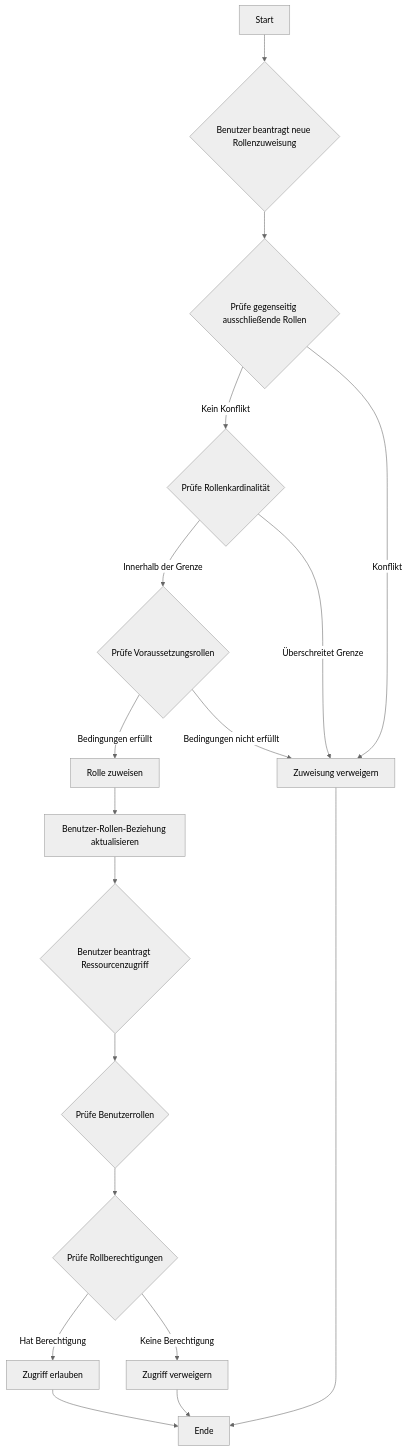
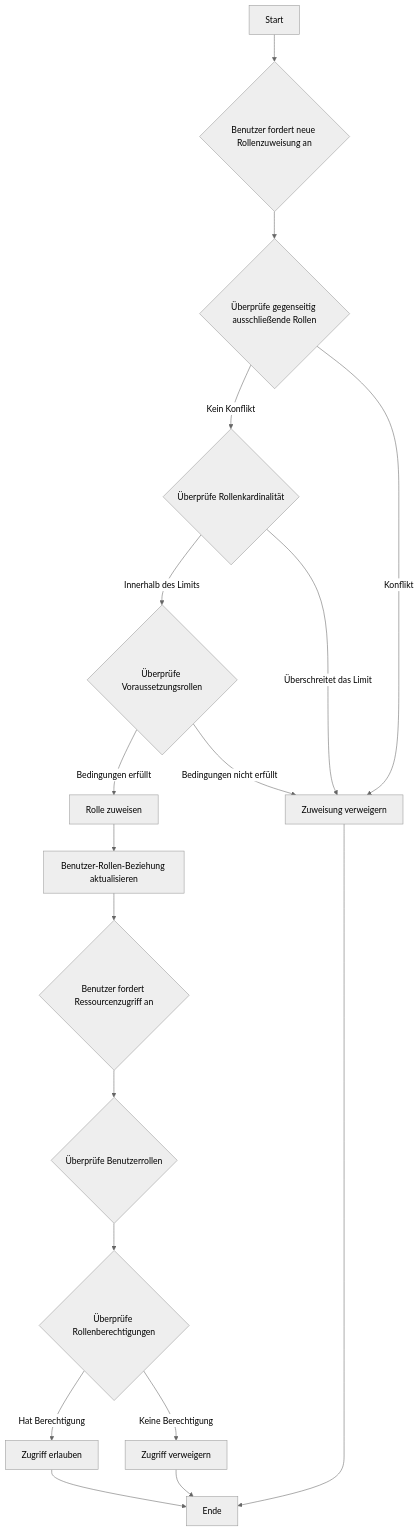
One commit to logto-io/auth-wiki changed the fourth of 4 diagrams in src/content/terms/de/rbac.mdx. Above: the diagram before and after it, drawn with Mermaid (neutral theme). The commit also changed other lines of this file and 98 other files, not shown here.

````diff
--- a/src/content/terms/de/rbac.mdx
+++ b/src/content/terms/de/rbac.mdx
@@ -154,20 +259,20 @@
 ```mermaid
 graph TD
-    A[Start] --> B{Benutzer beantragt neue Rollenzuweisung}
-    B --> C{Prüfe gegenseitig ausschließende Rollen}
-    C -->|Kein Konflikt| D{Prüfe Rollenkardinalität}
+    A[Start] --> B{Benutzer fordert neue Rollenzuweisung an}
+    B --> C{Überprüfe gegenseitig ausschließende Rollen}
+    C -->|Kein Konflikt| D{Überprüfe Rollenkardinalität}
     C -->|Konflikt| M[Zuweisung verweigern]
-    D -->|Innerhalb der Grenze| E{Prüfe Voraussetzungsrollen}
-    D -->|Überschreitet Grenze| M
+    D -->|Innerhalb des Limits| E{Überprüfe Voraussetzungsrollen}
+    D -->|Überschreitet das Limit| M
     E -->|Bedingungen erfüllt| F[Rolle zuweisen]
     E -->|Bedingungen nicht erfüllt| M
     F --> G[Benutzer-Rollen-Beziehung aktualisieren]
-    G --> H{Benutzer beantragt Ressourcenzugriff}
-    H --> I{Prüfe Benutzerrollen}
-    I --> J{Prüfe Rollberechtigungen}
+    G --> H{Benutzer fordert Ressourcenzugriff an}
+    H --> I{Überprüfe Benutzerrollen}
+    I --> J{Überprüfe Rollenberechtigungen}
     J -->|Hat Berechtigung| K[Zugriff erlauben]
     J -->|Keine Berechtigung| L[Zugriff verweigern]
     K --> N[Ende]
     L --> N
     M --> N
 ```
````
